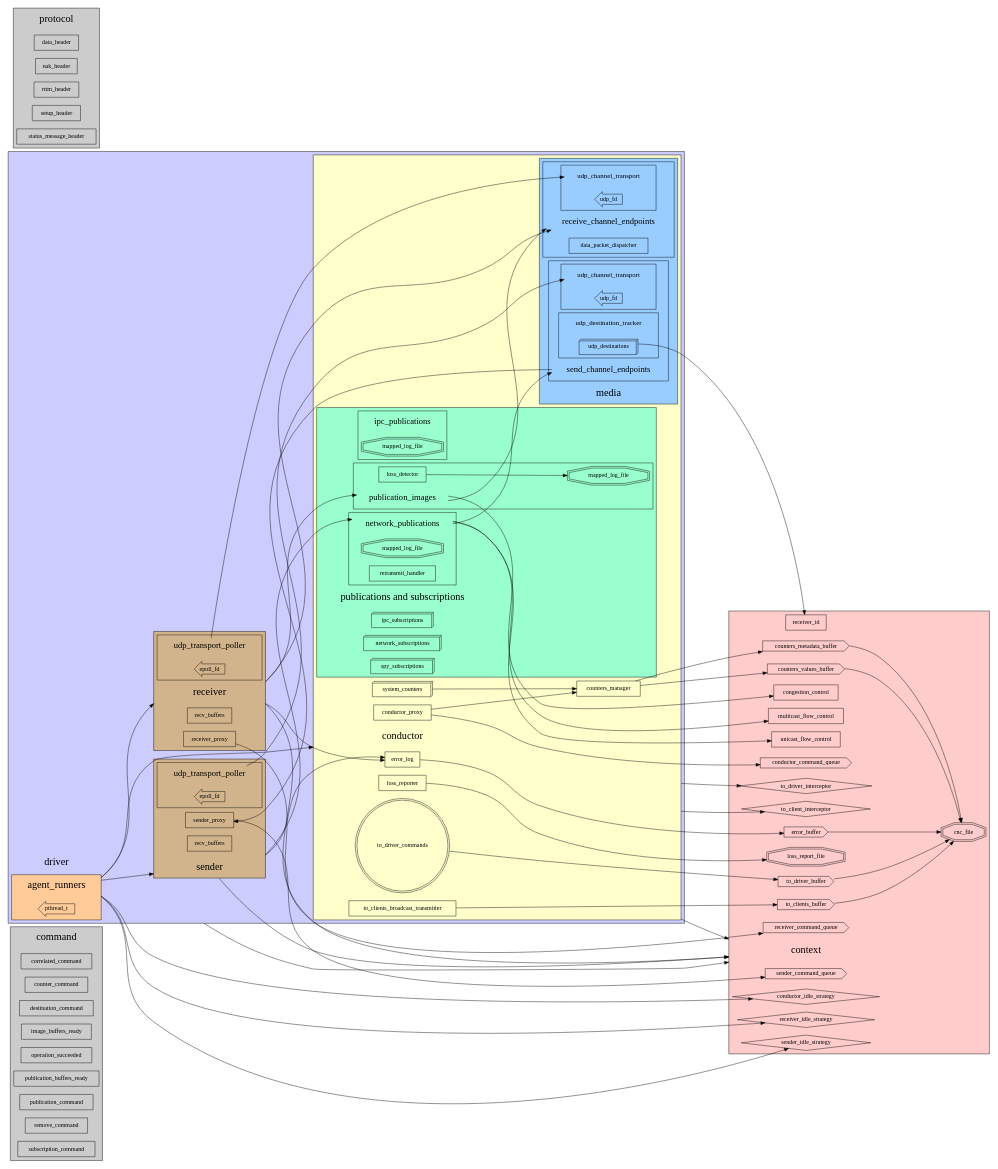
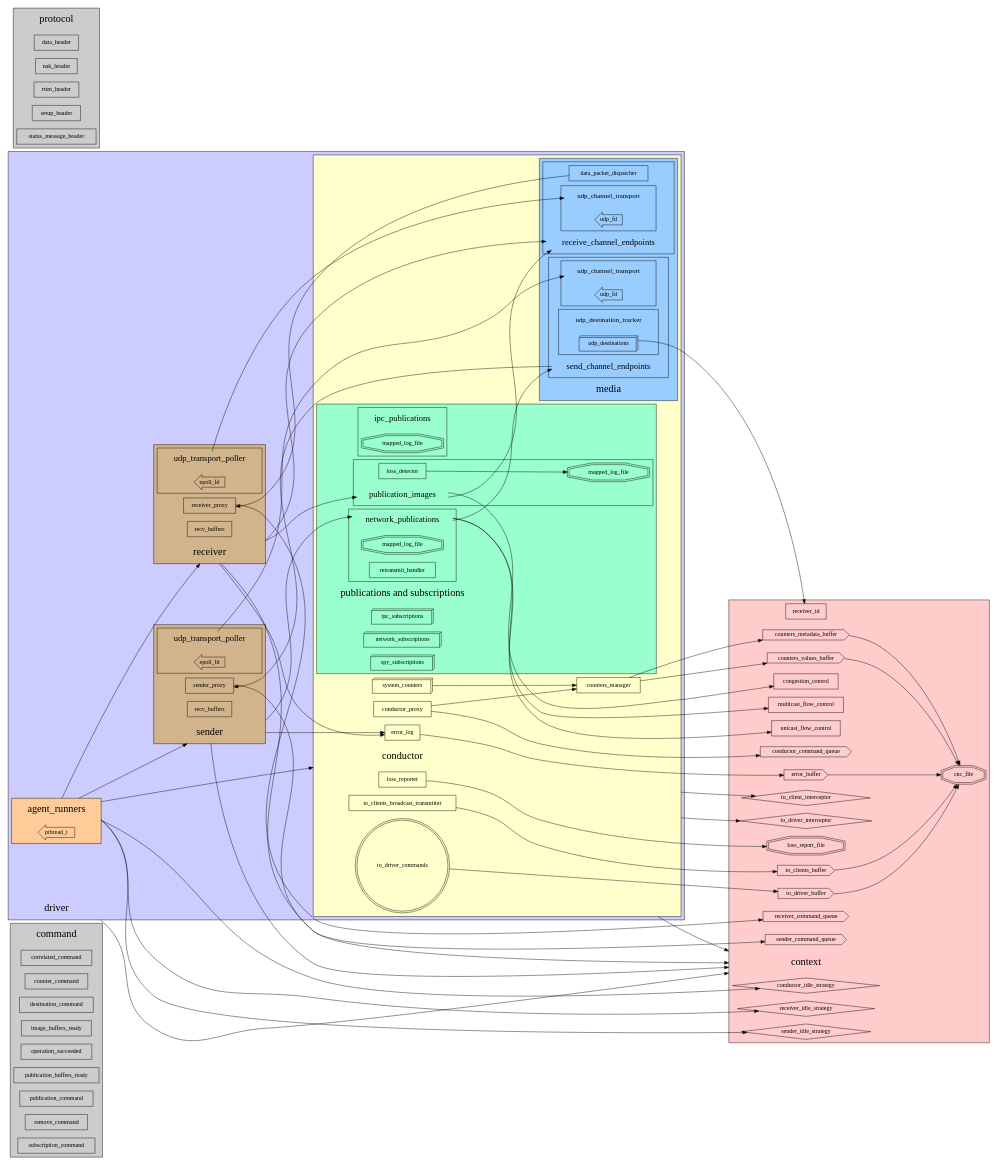
One commit to khklau/aeron-dpdk-driver changed the diagram in doc/c_driver.dot. Above: the diagram before and after it, drawn with Graphviz.

Commit message:
updating data_packet_dispatcher

```diff
--- a/doc/c_driver.dot
+++ b/doc/c_driver.dot
@@ -223,6 +223,7 @@
         agent_runners -> receiver_idle_strategy [ ltail=cluster_agent_runners ];
         agent_runners -> sender [ ltail=cluster_agent_runners, lhead=cluster_sender ];
         agent_runners -> sender_idle_strategy [ ltail=cluster_agent_runners ];
+        data_packet_dispatcher -> receiver_proxy;
         receiver_udp_transport_poller -> receive_udp_channel_transport;
         sender_udp_transport_poller -> send_udp_channel_transport;
     }
```
